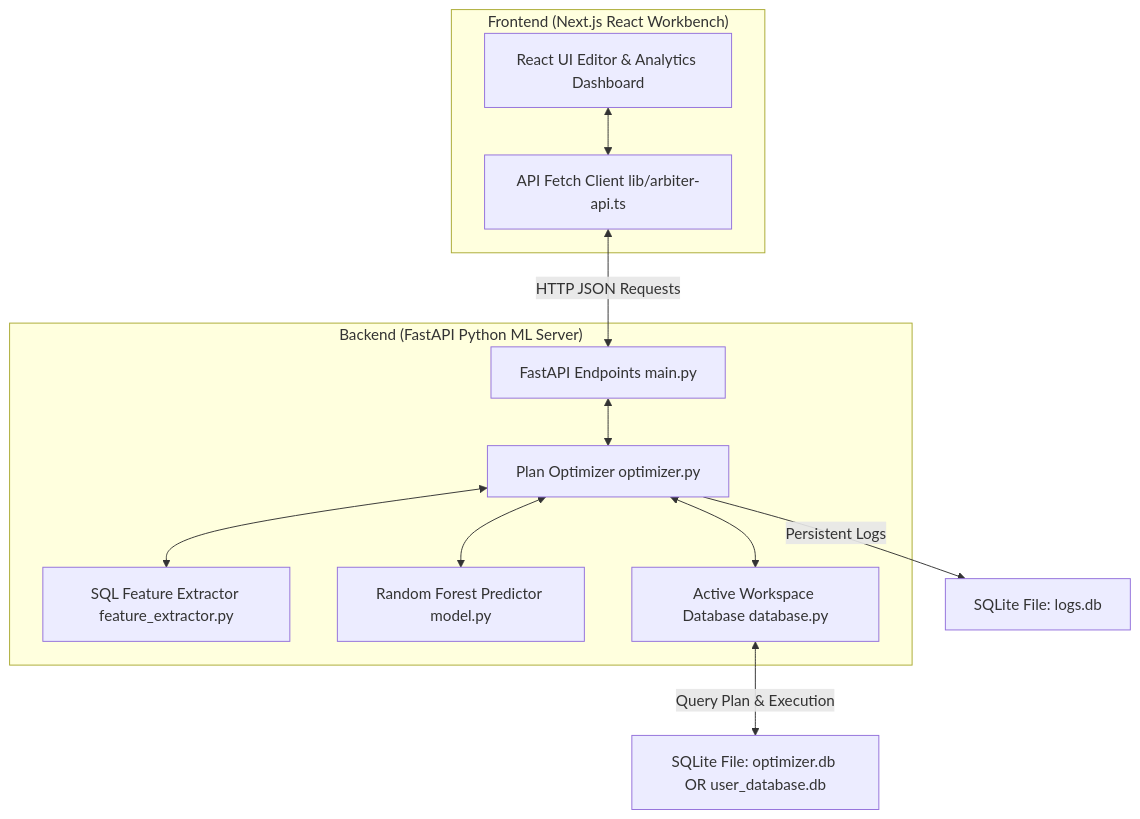
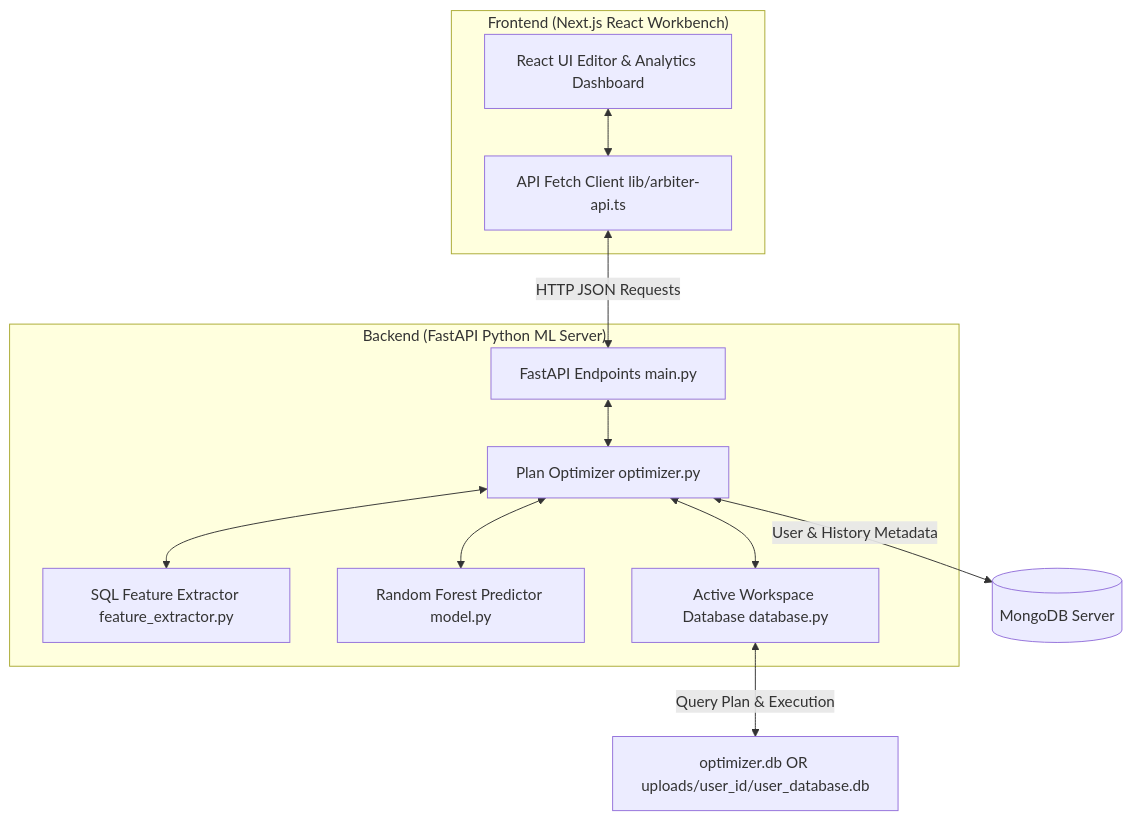
One commit to jhanvi857/Arbiter changed the diagram in README.md. Above: the diagram before and after it, drawn with Mermaid. The commit also changed other lines of this file, not shown here.

Commit message:
docs: document role-based custom database upload restrictions and sandbox isolation

````diff
--- a/README.md
+++ b/README.md
@@ -11,25 +11,25 @@
 ```mermaid
 graph TD
     subgraph Frontend ["Frontend (Next.js React Workbench)"]
         UI[React UI Editor & Analytics Dashboard]
         API_Client[API Fetch Client lib/arbiter-api.ts]
         UI <--> API_Client
     end
 
     subgraph Backend ["Backend (FastAPI Python ML Server)"]
         API_Router[FastAPI Endpoints main.py]
         Optimizer_Engine[Plan Optimizer optimizer.py]
         Feature_Extractor[SQL Feature Extractor feature_extractor.py]
         ML_Estimator[Random Forest Predictor model.py]
         DB_Connection[Active Workspace Database database.py]
         
         API_Router <--> Optimizer_Engine
         Optimizer_Engine <--> Feature_Extractor
         Optimizer_Engine <--> ML_Estimator
         Optimizer_Engine <--> DB_Connection
     end
     
     API_Client <-->|HTTP JSON Requests| API_Router
-    DB_Connection <-->|Query Plan & Execution| Local_SQLite[SQLite File: optimizer.db OR user_database.db]
-    Optimizer_Engine -->|Persistent Logs| Logs_SQLite[SQLite File: logs.db]
+    DB_Connection <-->|Query Plan & Execution| Local_SQLite[optimizer.db OR uploads/user_id/user_database.db]
+    Optimizer_Engine <-->|User & History Metadata| MongoDB[(MongoDB Server)]
 ```
````
